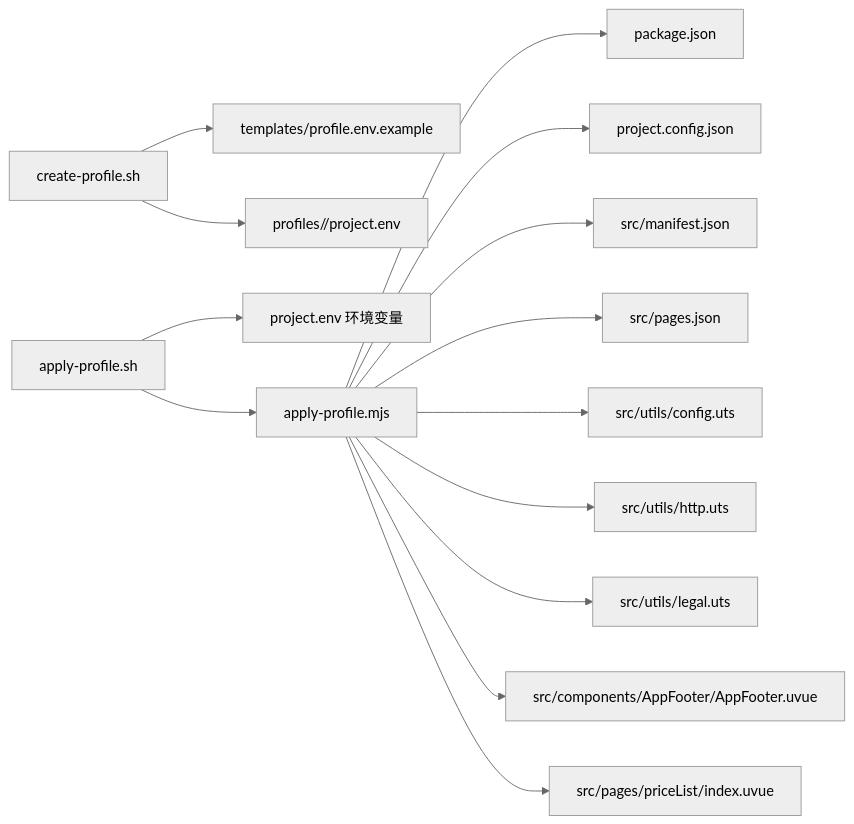
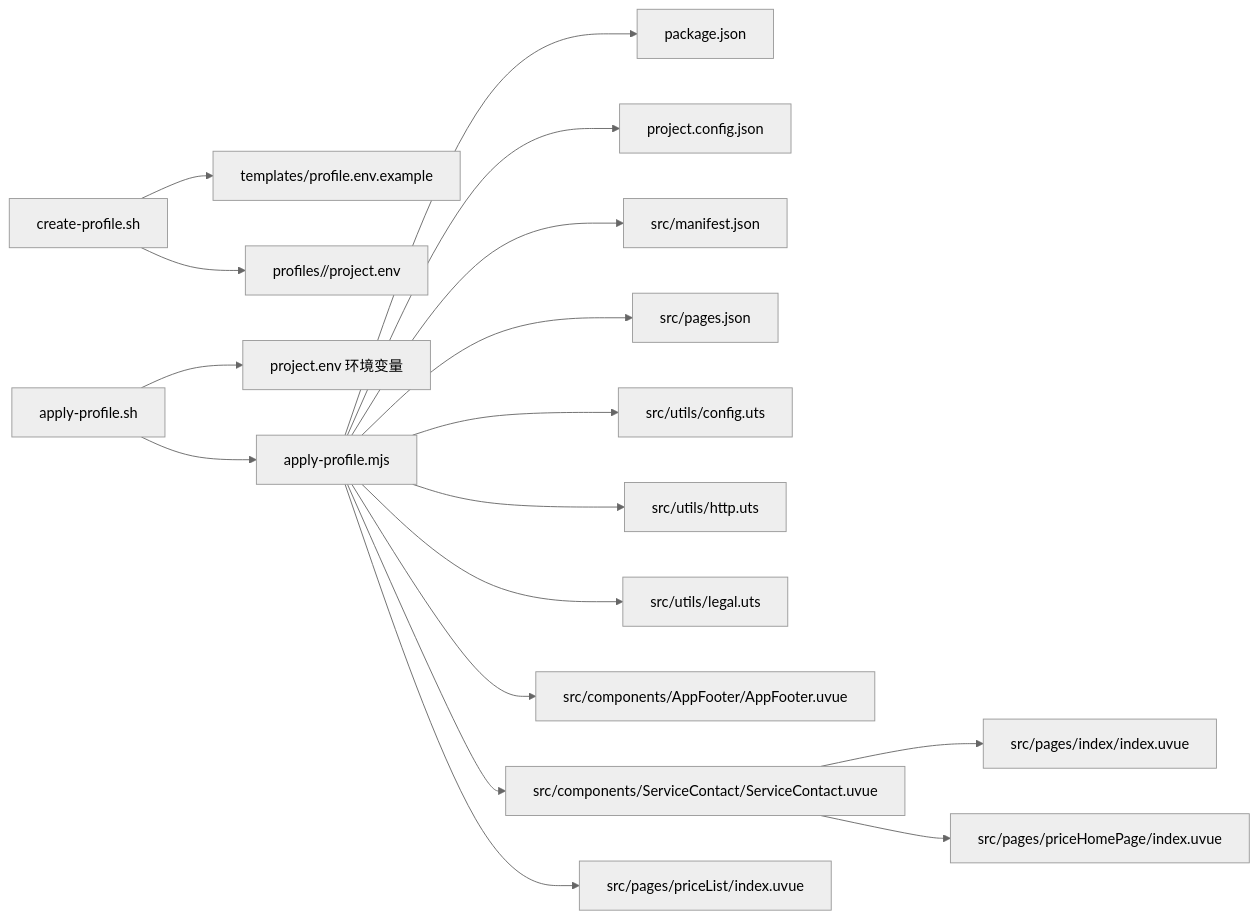
Before and after one commit to crazyma99/blueberry: the fourth of 4 diagrams in .qoder/repowiki/zh/content/Profile配置系统/Profile应用流程.md, drawn with Mermaid (neutral theme). The commit also changed other lines of this file and 14 other files, not shown here.

````diff
--- a/.qoder/repowiki/zh/content/Profile配置系统/Profile应用流程.md
+++ b/.qoder/repowiki/zh/content/Profile配置系统/Profile应用流程.md
@@ -260,16 +310,19 @@
 ```mermaid
 graph LR
 CP["create-profile.sh"] --> TE["templates/profile.env.example"]
 CP --> PE["profiles/<key>/project.env"]
 AP["apply-profile.sh"] --> ENV["project.env 环境变量"]
 AP --> MJS["apply-profile.mjs"]
 MJS --> MF["package.json"]
 MJS --> PC["project.config.json"]
 MJS --> MN["src/manifest.json"]
 MJS --> PJ["src/pages.json"]
 MJS --> CF["src/utils/config.uts"]
 MJS --> HT["src/utils/http.uts"]
 MJS --> LG["src/utils/legal.uts"]
 MJS --> AF["src/components/AppFooter/AppFooter.uvue"]
+MJS --> SC["src/components/ServiceContact/ServiceContact.uvue"]
 MJS --> PL["src/pages/priceList/index.uvue"]
+SC --> IDX["src/pages/index/index.uvue"]
+SC --> PH["src/pages/priceHomePage/index.uvue"]
 ```
````
